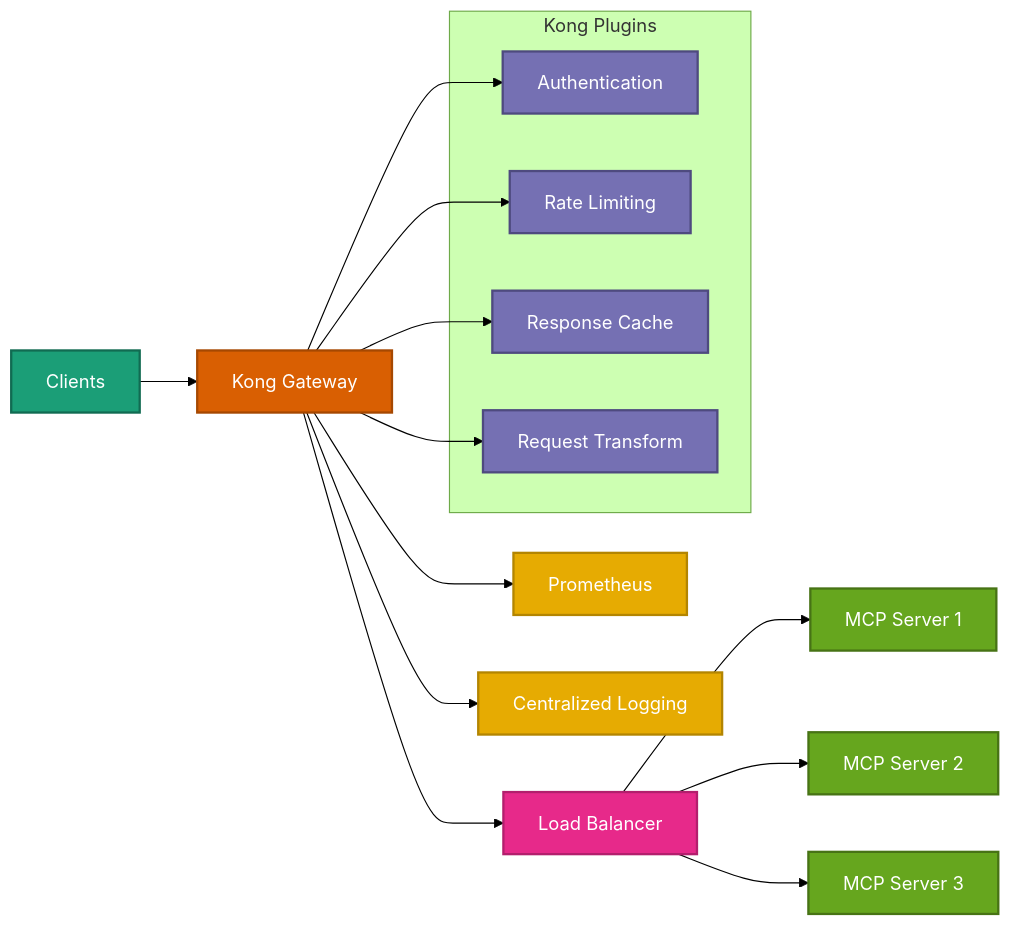
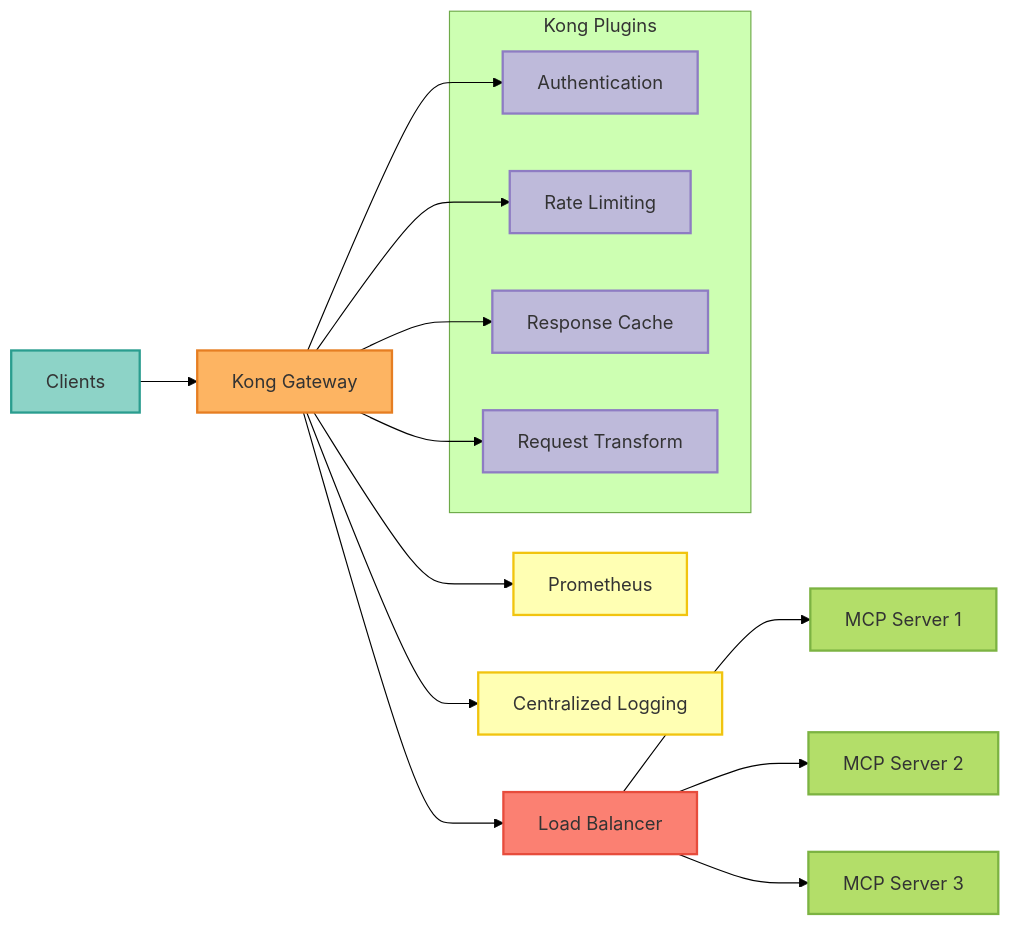
The diagram in docs/deployment/kong-gateway.mdx (vishnu2kmohan/mcp-server-langgraph), drawn with Mermaid (forest theme) before and after one commit. The commit also changed 11 other files, not shown here.

First line of the commit message:
style: migrate all diagrams from Dark2 to Set3 ColorBrewer2 palette

````diff
--- a/docs/deployment/kong-gateway.mdx
+++ b/docs/deployment/kong-gateway.mdx
@@ -17,38 +17,38 @@
 ```mermaid
 graph LR
     Client[Clients] --> Kong[Kong Gateway]
     Kong --> Auth[Authentication]
     Kong --> Rate[Rate Limiting]
     Kong --> Cache[Response Cache]
     Kong --> Transform[Request Transform]
 
     Kong --> LB[Load Balancer]
     LB --> App1[MCP Server 1]
     LB --> App2[MCP Server 2]
     LB --> App3[MCP Server 3]
 
     Kong --> Metrics[Prometheus]
     Kong --> Logs[Centralized Logging]
 
     subgraph Kong_Plugins["Kong Plugins"]
         Auth
         Rate
         Cache
         Transform
     end
 
-    %% ColorBrewer2 Dark2 palette styling
-    classDef clientStyle fill:#1b9e77,stroke:#116b52,stroke-width:2px,color:#fff
-    classDef kongStyle fill:#d95f02,stroke:#a64801,stroke-width:2px,color:#fff
-    classDef pluginStyle fill:#7570b3,stroke:#4e4a7f,stroke-width:2px,color:#fff
-    classDef lbStyle fill:#e7298a,stroke:#b31e6d,stroke-width:2px,color:#fff
-    classDef appStyle fill:#66a61e,stroke:#477315,stroke-width:2px,color:#fff
-    classDef obsStyle fill:#e6ab02,stroke:#b38501,stroke-width:2px,color:#fff
+    %% ColorBrewer2 Set3 palette styling
+    classDef clientStyle fill:#8dd3c7,stroke:#2a9d8f,stroke-width:2px,color:#333
+    classDef kongStyle fill:#fdb462,stroke:#e67e22,stroke-width:2px,color:#333
+    classDef pluginStyle fill:#bebada,stroke:#8e7cc3,stroke-width:2px,color:#333
+    classDef lbStyle fill:#fb8072,stroke:#e74c3c,stroke-width:2px,color:#333
+    classDef appStyle fill:#b3de69,stroke:#7cb342,stroke-width:2px,color:#333
+    classDef obsStyle fill:#ffffb3,stroke:#f1c40f,stroke-width:2px,color:#333
 
     class Client clientStyle
     class Kong kongStyle
     class Auth,Rate,Cache,Transform pluginStyle
     class LB lbStyle
     class App1,App2,App3 appStyle
     class Metrics,Logs obsStyle
 ```
````
